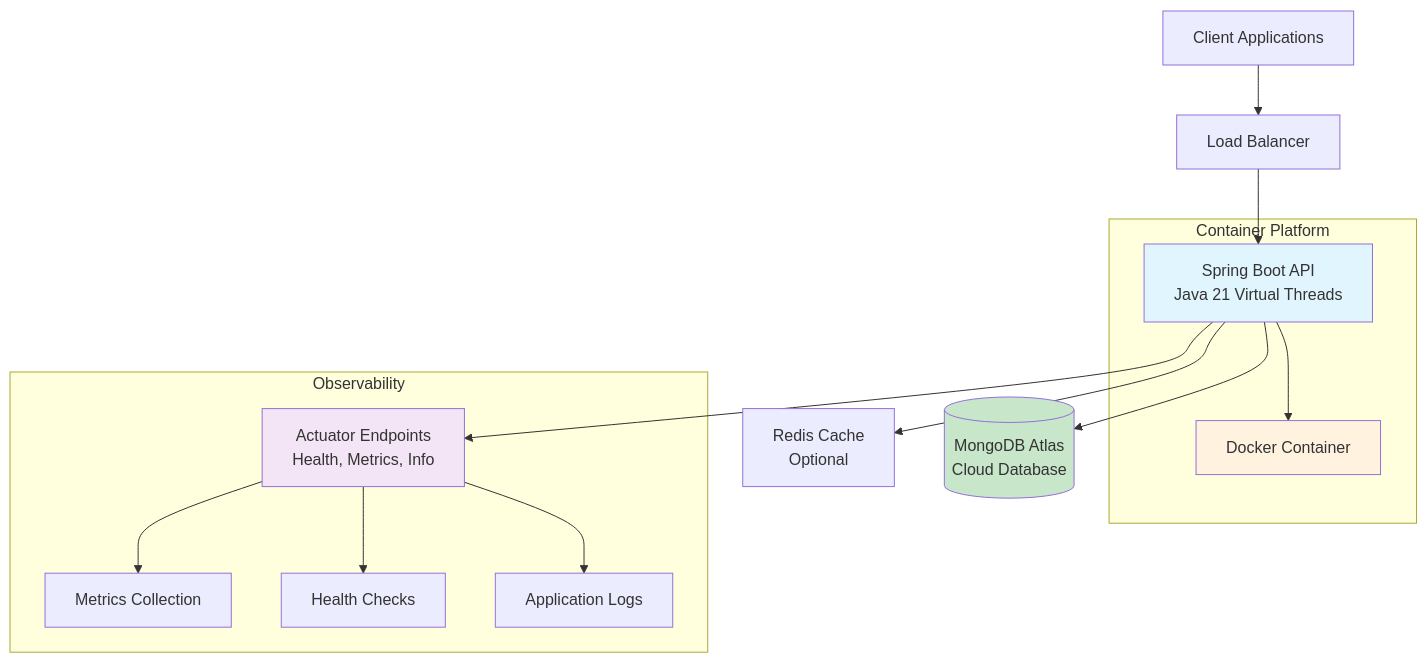
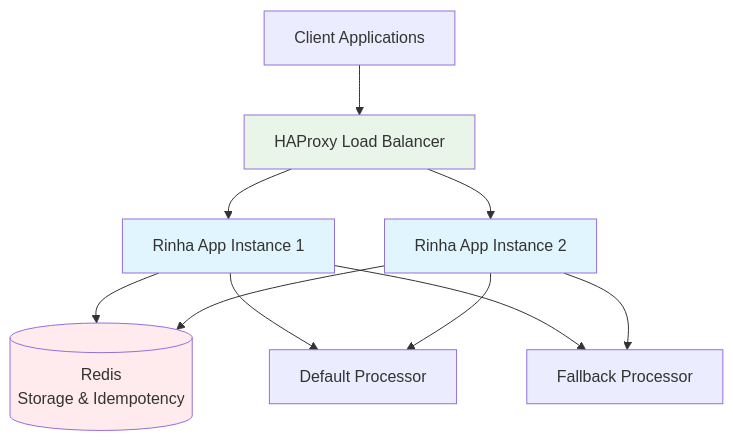
Before and after one commit to celfons/java21: the diagram in README.md, drawn with Mermaid. The commit also changed other lines of this file and 3 other files, not shown here.

````diff
--- a/README.md
+++ b/README.md
@@ -28,24 +25,17 @@
 ```mermaid
 graph TB
-    Client[Client Applications] --> LB[Load Balancer]
-    LB --> API[Spring Boot API<br/>Java 21 Virtual Threads]
-    API --> Cache[Redis Cache<br/>Optional]
-    API --> DB[(MongoDB Atlas<br/>Cloud Database)]
-    API --> Monitor[Actuator Endpoints<br/>Health, Metrics, Info]
+    Client[Client Applications] --> HAProxy[HAProxy Load Balancer]
+    HAProxy --> App1[Rinha App Instance 1]
+    HAProxy --> App2[Rinha App Instance 2]
+    App1 --> Redis[(Redis<br/>Storage & Idempotency)]
+    App2 --> Redis
+    App1 --> Default[Default Processor]
+    App1 --> Fallback[Fallback Processor]
+    App2 --> Default
+    App2 --> Fallback
     
-    subgraph "Container Platform"
-        Docker[Docker Container]
-        API --> Docker
-    end
-    
-    subgraph "Observability"
-        Monitor --> Metrics[Metrics Collection]
-        Monitor --> Health[Health Checks]
-        Monitor --> Logs[Application Logs]
-    end
-    
-    style API fill:#e1f5fe
-    style DB fill:#c8e6c9
-    style Docker fill:#fff3e0
-    style Monitor fill:#f3e5f5
+    style App1 fill:#e1f5fe
+    style App2 fill:#e1f5fe
+    style Redis fill:#ffebee
+    style HAProxy fill:#e8f5e8
 ```
````
